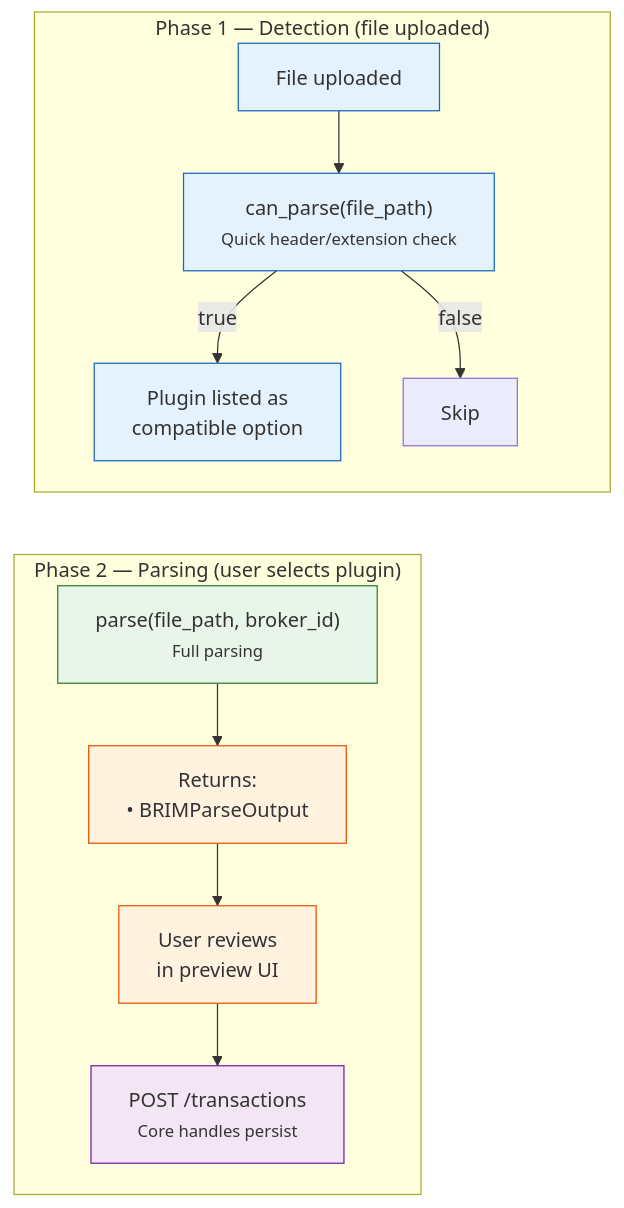
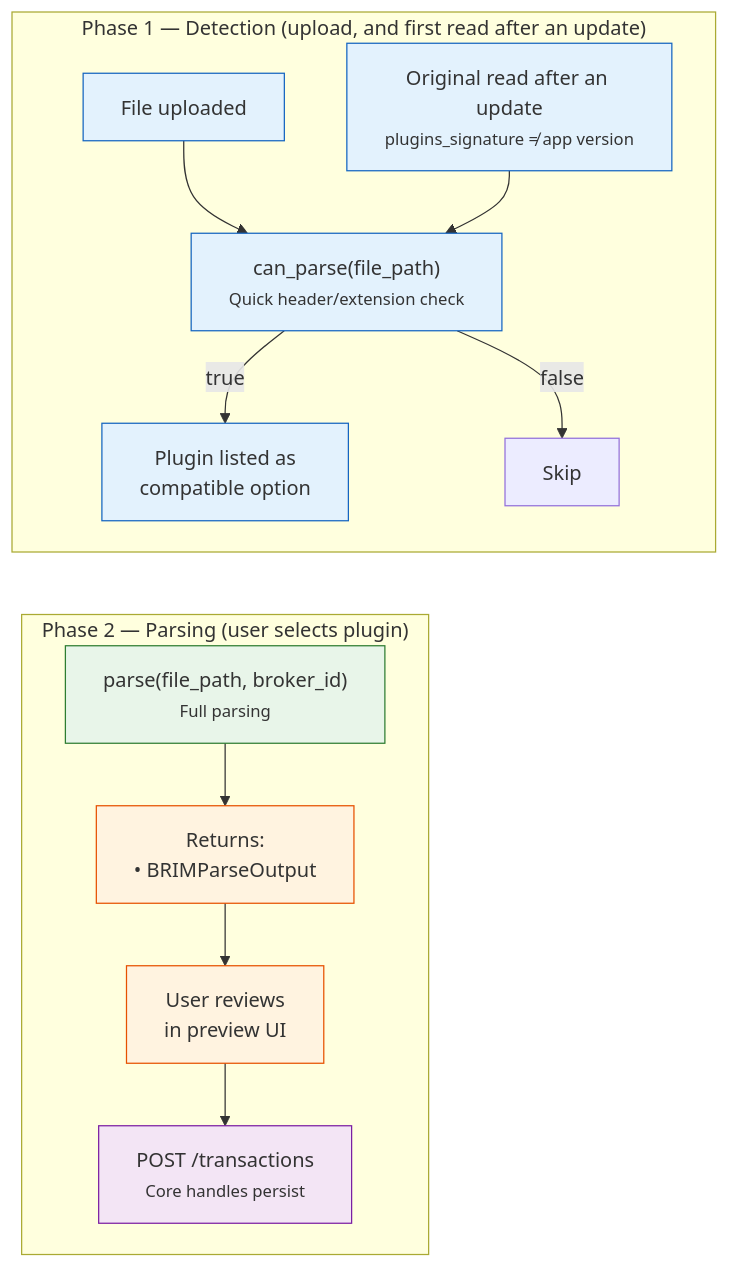
One commit to Librefolio/LibreFolio changed the first of 2 diagrams in mkdocs_src/docs/developer/architecture/patterns/brim_plugin_guide.md. Above: the diagram before and after it, drawn with Mermaid. The commit also changed other lines of this file and 2 other files, not shown here.

First line of the commit message:
docs(brim): plugin re-detection and broker lock

````diff
--- a/mkdocs_src/docs/developer/architecture/patterns/brim_plugin_guide.md
+++ b/mkdocs_src/docs/developer/architecture/patterns/brim_plugin_guide.md
@@ -36,24 +36,26 @@
 ```mermaid
 graph TD
-    subgraph "Phase 1 — Detection (file uploaded)"
+    subgraph "Phase 1 — Detection (upload, and first read after an update)"
         D1["File uploaded"] --> D2["can_parse(file_path)<br/><small>Quick header/extension check</small>"]
+        D0["Original read after an update<br/><small>plugins_signature ≠ app version</small>"] --> D2
         D2 -->|true| D3["Plugin listed as<br/>compatible option"]
         D2 -->|false| D4["Skip"]
     end
 
     subgraph "Phase 2 — Parsing (user selects plugin)"
         P1["parse(file_path, broker_id)<br/><small>Full parsing</small>"] --> P2["Returns:<br/>• BRIMParseOutput"]
         P2 --> P3["User reviews<br/>in preview UI"]
         P3 --> P4["POST /transactions<br/><small>Core handles persist</small>"]
     end
 
     D3 ~~~ P1
 
+    style D0 fill:#e3f2fd,stroke:#1565c0
     style D1 fill:#e3f2fd,stroke:#1565c0
     style D2 fill:#e3f2fd,stroke:#1565c0
     style D3 fill:#e3f2fd,stroke:#1565c0
     style P1 fill:#e8f5e9,stroke:#2e7d32
     style P2 fill:#fff3e0,stroke:#e65100
     style P3 fill:#fff3e0,stroke:#e65100
     style P4 fill:#f3e5f5,stroke:#7b1fa2
 ```
````
